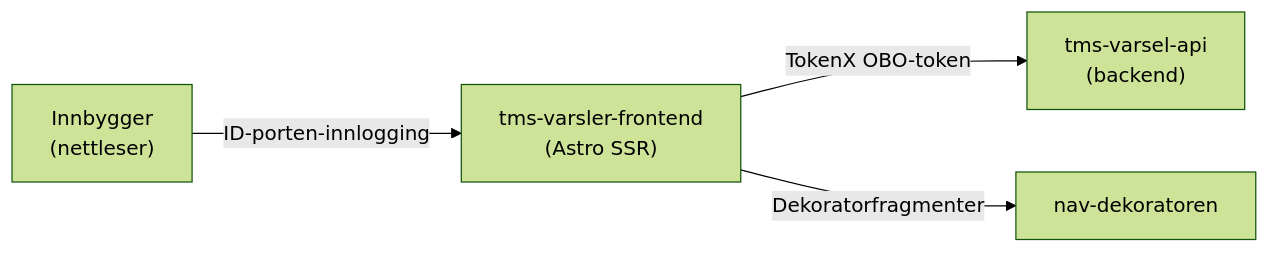
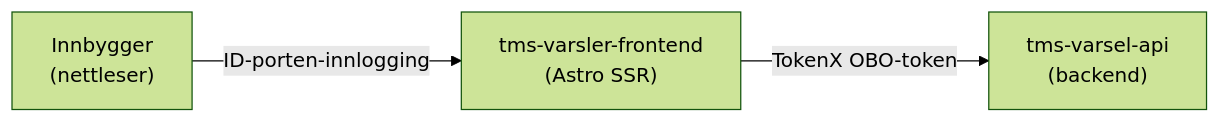
Before and after one commit to navikt/tms-varsler-frontend: the diagram in README.md, drawn with Mermaid (forest theme).

Commit message:
Remove nav-dekoratoren from architecture diagram (#154)

````diff
--- a/README.md
+++ b/README.md
@@ -15,11 +15,9 @@
 ```mermaid
 flowchart LR
     bruker["Innbygger\n(nettleser)"]
     frontend["tms-varsler-frontend\n(Astro SSR)"]
     backend["tms-varsel-api\n(backend)"]
-    dekorator["nav-dekoratoren"]
 
     bruker -->|ID-porten-innlogging| frontend
     frontend -->|TokenX OBO-token| backend
-    frontend -->|Dekoratorfragmenter| dekorator
 ```
````
